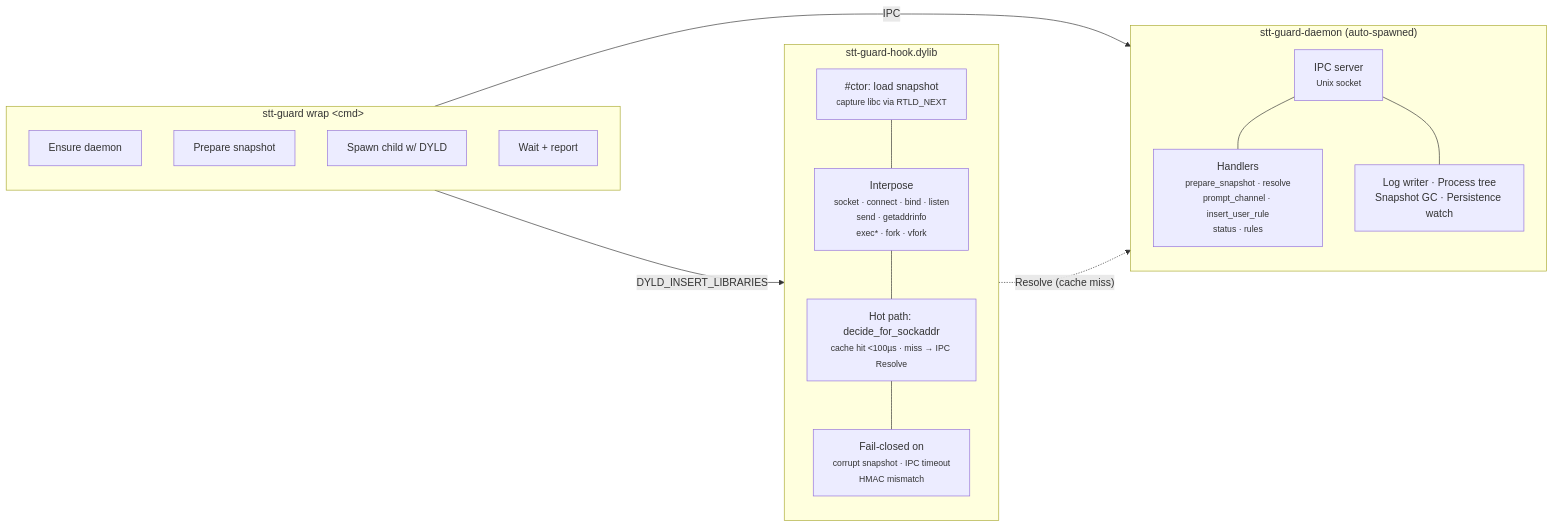
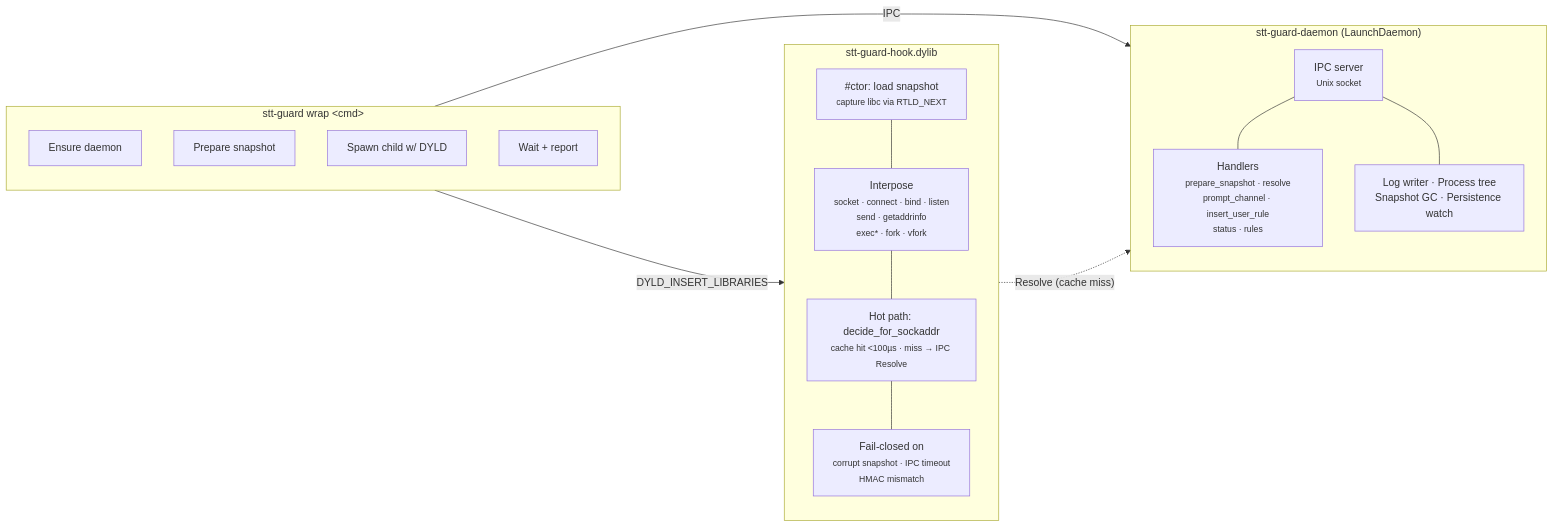
One commit to stentorian-io/guard changed the diagram in CONTRIBUTING.md. Above: the diagram before and after it, drawn with Mermaid. The commit also changed other lines of this file and 50 other files, not shown here.

````diff
--- a/CONTRIBUTING.md
+++ b/CONTRIBUTING.md
@@ -75,33 +75,33 @@
 ```mermaid
 graph LR
     subgraph CLI["stt-guard wrap &lt;cmd&gt;"]
         C1[Ensure daemon]
         C2[Prepare snapshot]
         C3[Spawn child w/ DYLD]
         C4[Wait + report]
     end
 
-    subgraph Daemon["stt-guard-daemon (auto-spawned)"]
+    subgraph Daemon["stt-guard-daemon (LaunchDaemon)"]
         direction TB
         IPC["IPC server<br/><small>Unix socket</small>"]
         H["Handlers<br/><small>prepare_snapshot · resolve<br/>prompt_channel · insert_user_rule<br/>status · rules</small>"]
         Log["Log writer · Process tree<br/>Snapshot GC · Persistence watch"]
         IPC --- H
         IPC --- Log
     end
 
     subgraph Hook["stt-guard-hook.dylib"]
         direction TB
         Ctor["#ctor: load snapshot<br/><small>capture libc via RTLD_NEXT</small>"]
         Interpose["Interpose<br/><small>socket · connect · bind · listen<br/>send · getaddrinfo<br/>exec* · fork · vfork</small>"]
         Hot["Hot path: decide_for_sockaddr<br/><small>cache hit &lt;100µs · miss → IPC Resolve</small>"]
         Fail["Fail-closed on<br/><small>corrupt snapshot · IPC timeout<br/>HMAC mismatch</small>"]
         Ctor --- Interpose
         Interpose --- Hot
         Hot --- Fail
     end
 
     CLI -- "IPC" --> Daemon
     CLI -- "DYLD_INSERT_LIBRARIES" --> Hook
     Hook -. "Resolve (cache miss)" .-> Daemon
 ```
````
